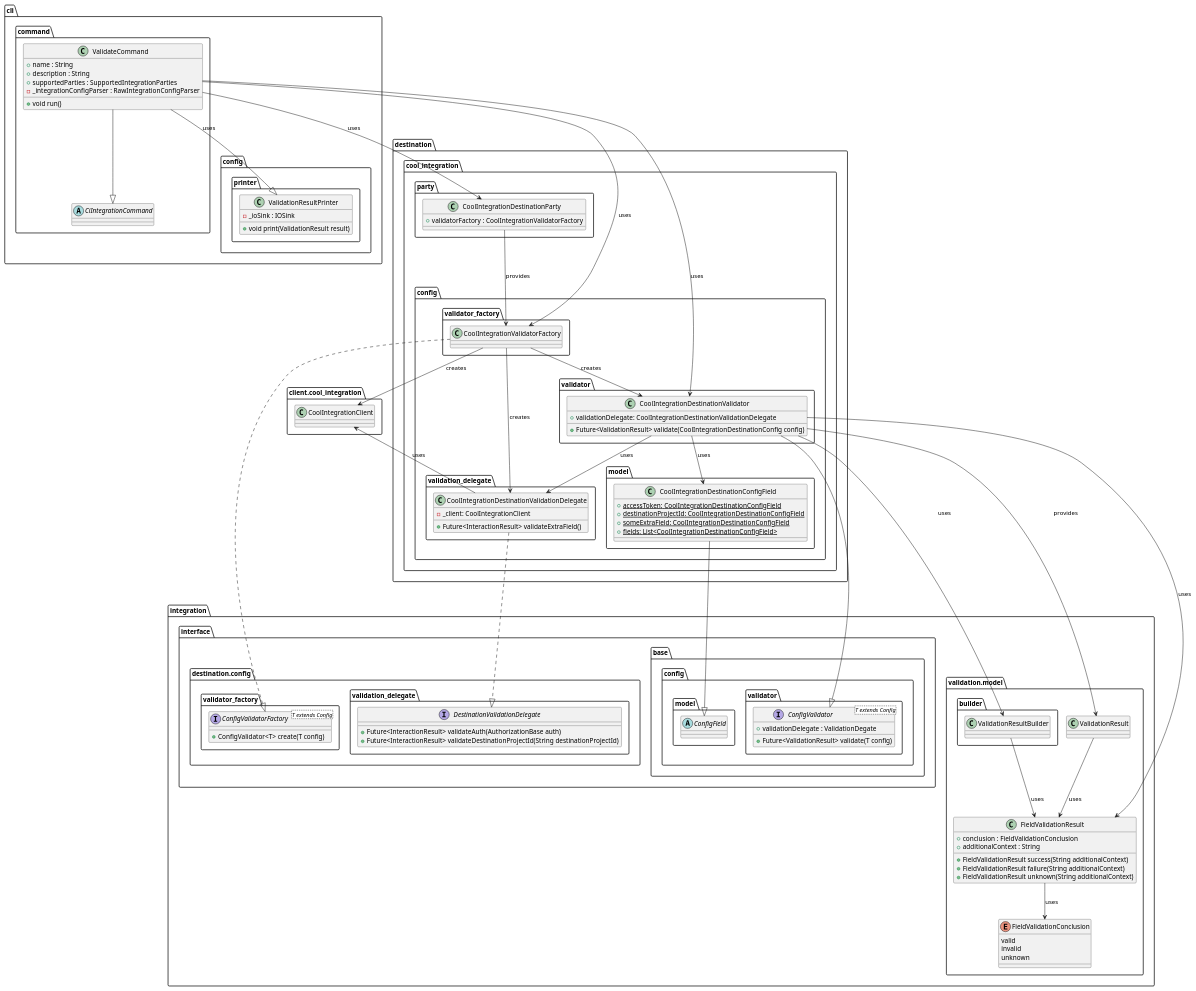
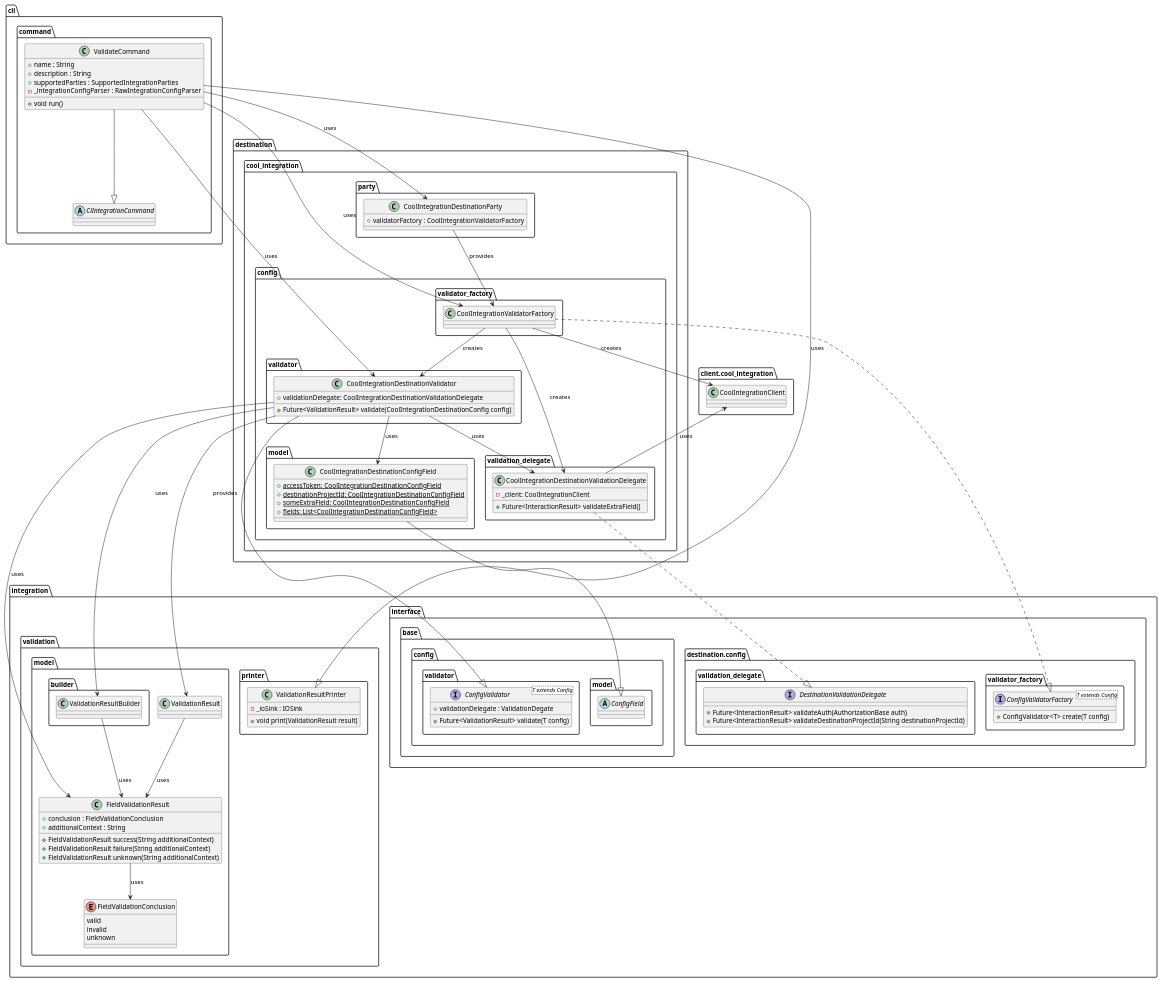
The diagram in metrics/ci_integrations/docs/diagrams/ci_integrations_config_validator_destination_class_diagram.puml (Flank/flank-dashboard), drawn with PlantUML before and after one commit. The commit also changed 3 other files, not shown here.

```diff
--- a/metrics/ci_integrations/docs/diagrams/ci_integrations_config_validator_destination_class_diagram.puml
+++ b/metrics/ci_integrations/docs/diagrams/ci_integrations_config_validator_destination_class_diagram.puml
@@ -1,162 +1,164 @@
-@startuml ci_integrations_config_validator_class_diagram
+@startuml config_validator_destination_class_diagram
 
     package integration {
         package interface {
             package base.config {
                 package model as interface_model {
                     abstract class ConfigField {}
                 }
                 
                 package validator as base_validator {
                     interface ConfigValidator<T extends Config> {
                         + validationDelegate : ValidationDegate
 
                         + Future<ValidationResult> validate(T config)
                     }
                 }
             }
 
             package destination.config as interface_config {
                 package validation_delegate as interface_delegate {
                     interface DestinationValidationDelegate {
                         + Future<InteractionResult> validateAuth(AuthorizationBase auth)
                         + Future<InteractionResult> validateDestinationProjectId(String destinationProjectId)
                     }
                 }
 
                 package validator_factory as interface_factory {
                     interface ConfigValidatorFactory<T extends Config> {
                         + ConfigValidator<T> create(T config)
                     }
                 }
             }
         }
+        
+        package validation as integration_validation {
+            package printer as integration_validation_printer {
+                class ValidationResultPrinter {
+                    - _ioSink : IOSink
 
-        package validation.model as validation_model {
-            package builder as validation_model_builder {
-                class ValidationResultBuilder {}
+                    + void print(ValidationResult result)
+                }
             }
 
-            class ValidationResult {}
+            package model as validation_model{
+                package builder as validation_model_builder {
+                    class ValidationResultBuilder {}
+                }
 
-            class FieldValidationResult {
-                + conclusion : FieldValidationConclusion
-                + additionalContext : String
+                class ValidationResult {}
 
-                + FieldValidationResult success(String additionalContext)
-                + FieldValidationResult failure(String additionalContext)
-                + FieldValidationResult unknown(String additionalContext)
-            }
+                class FieldValidationResult {
+                    + conclusion : FieldValidationConclusion
+                    + additionalContext : String
 
-            enum FieldValidationConclusion {
-                valid
-                invalid
-                unknown
+                    + FieldValidationResult success(String additionalContext)
+                    + FieldValidationResult failure(String additionalContext)
+                    + FieldValidationResult unknown(String additionalContext)
+                }
+
+                enum FieldValidationConclusion {
+                    valid
+                    invalid
+                    unknown
+                }
             }
         }
     }
 
     package destination.cool_integration {
 
         package party as destination_party {
             class CoolIntegrationDestinationParty {
                 + validatorFactory : CoolIntegrationValidatorFactory
             }
         }
 
         package config as cool_integration_config {
             package validator as cool_integration_validator {
                 class CoolIntegrationDestinationValidator {
                     + validationDelegate: CoolIntegrationDestinationValidationDelegate
 
                     + Future<ValidationResult> validate(CoolIntegrationDestinationConfig config)
                 }
             }
 
             package validator_factory as cool_integration_validator_factory {
                 class CoolIntegrationValidatorFactory {}
             }
 
             package validation_delegate as cool_integration_validation_validation_delegate{
                 class CoolIntegrationDestinationValidationDelegate {
                     - _client: CoolIntegrationClient
 
                     + Future<InteractionResult> validateExtraField()
                 }
             }
 
             package model as destination_model {
                 class CoolIntegrationDestinationConfigField {
                     + {static} accessToken: CoolIntegrationDestinationConfigField
                     + {static} destinationProjectId: CoolIntegrationDestinationConfigField
                     + {static} someExtraField: CoolIntegrationDestinationConfigField
                     + {static} fields: List<CoolIntegrationDestinationConfigField>
                 }
             }
         }
     }
 
     package client.cool_integration as client_cool_integration {
         class CoolIntegrationClient {}
     }
 
     package cli {
         package command {
             abstract class CiIntegrationCommand {}
 
             class ValidateCommand {
                 + name : String
                 + description : String
                 + supportedParties : SupportedIntegrationParties
                 - _integrationConfigParser : RawIntegrationConfigParser
 
                 + void run()
             }
         }
-
-        package config.printer {
-            class ValidationResultPrinter {
-                - _ioSink : IOSink
-
-                + void print(ValidationResult result)
-            }
-        }
     }
 
     CoolIntegrationDestinationValidator --> CoolIntegrationDestinationValidationDelegate : uses
     CoolIntegrationDestinationValidationDelegate --> CoolIntegrationClient : uses
 
     CoolIntegrationValidatorFactory --> CoolIntegrationDestinationValidator : creates
     CoolIntegrationValidatorFactory --> CoolIntegrationClient : creates
     CoolIntegrationValidatorFactory --> CoolIntegrationDestinationValidationDelegate : creates
 
     ValidateCommand --|> CiIntegrationCommand
     ValidateCommand --|> ValidationResultPrinter : uses
 
     ValidateCommand -down-> CoolIntegrationDestinationValidator : uses
     ValidateCommand -down-> CoolIntegrationValidatorFactory : uses
     ValidateCommand -down-> CoolIntegrationDestinationParty : uses
 
     CoolIntegrationDestinationParty --> CoolIntegrationValidatorFactory : provides
 
     CoolIntegrationDestinationValidationDelegate ..|> DestinationValidationDelegate
 
     CoolIntegrationDestinationConfigField --|> ConfigField
 
     CoolIntegrationDestinationValidator --|> ConfigValidator
     CoolIntegrationDestinationValidator -down-> CoolIntegrationDestinationConfigField : uses
     CoolIntegrationDestinationValidator --> ValidationResult : provides
     CoolIntegrationDestinationValidator --> ValidationResultBuilder : uses
     CoolIntegrationDestinationValidator --> FieldValidationResult : uses
 
     ValidationResult --> FieldValidationResult : uses
 
     ValidationResultBuilder --> FieldValidationResult : uses
 
     FieldValidationResult --> FieldValidationConclusion : uses
 
     CoolIntegrationValidatorFactory ..|> ConfigValidatorFactory
 
     CoolIntegrationClient -[hidden]-> CoolIntegrationDestinationValidationDelegate
 
 @enduml
```
